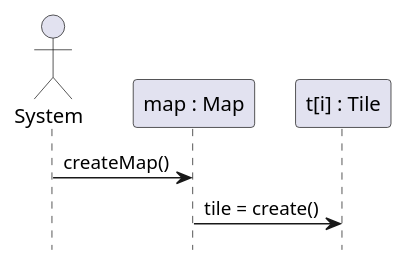
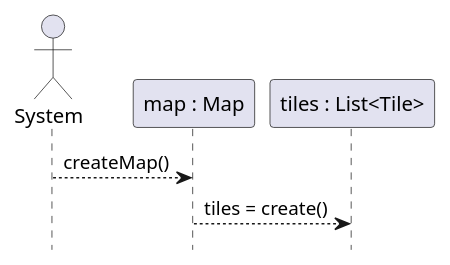
The fourth of 7 diagrams in doc/design.md (dgoldman30/Dungeon_Crawler), drawn with PlantUML before and after one commit. The commit also changed other lines of this file, not shown here.

Commit message:
seq diagrams

````diff
--- a/doc/design.md
+++ b/doc/design.md
@@ -127,14 +127,14 @@
 ```plantuml
 @startuml
 
 hide footbox
 
 actor System
 participant "map : Map" as map
-participant "t[i] : Tile" as tile
+participant "tiles : List<Tile>" as tiles
 
-System -> map : createMap()
-map -> tile : tile = create()
+System --> map : createMap()
+map --> tiles : tiles = create()
 
 @enduml
 ```
````
